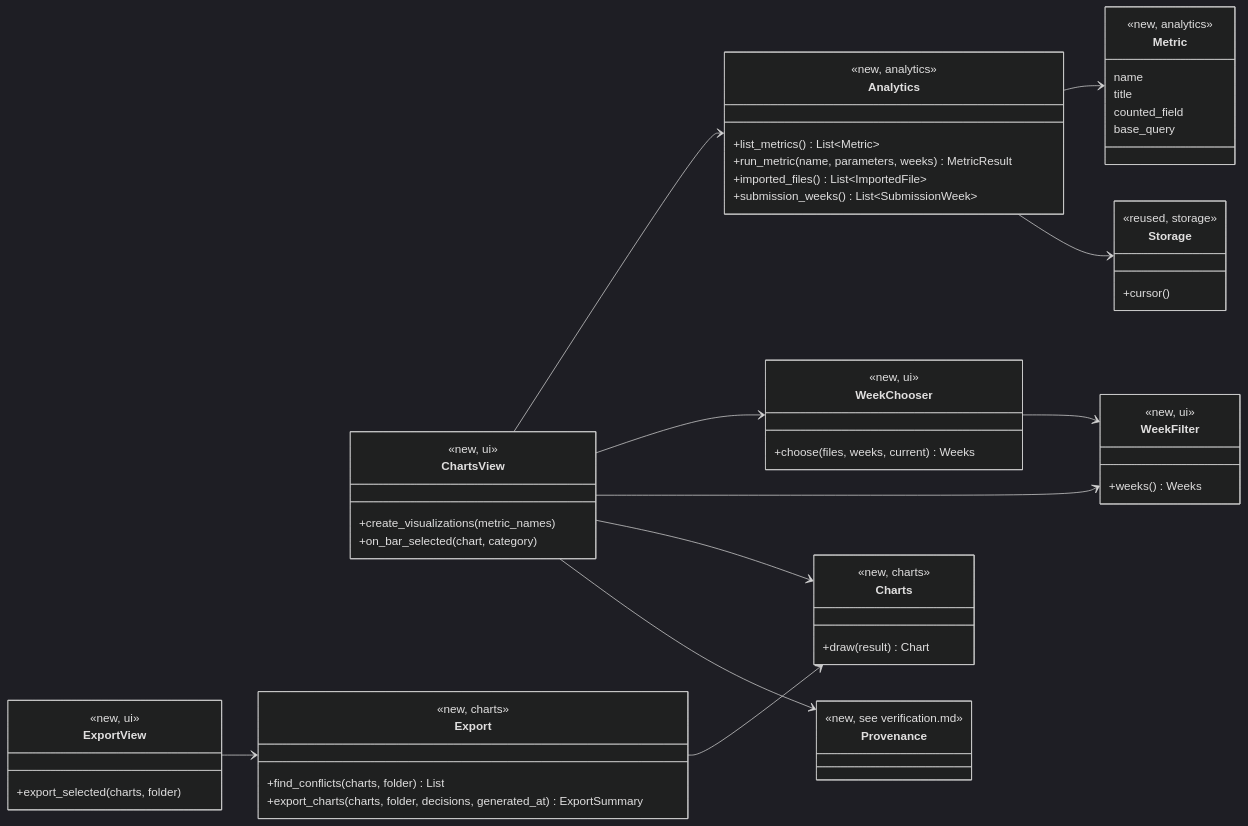
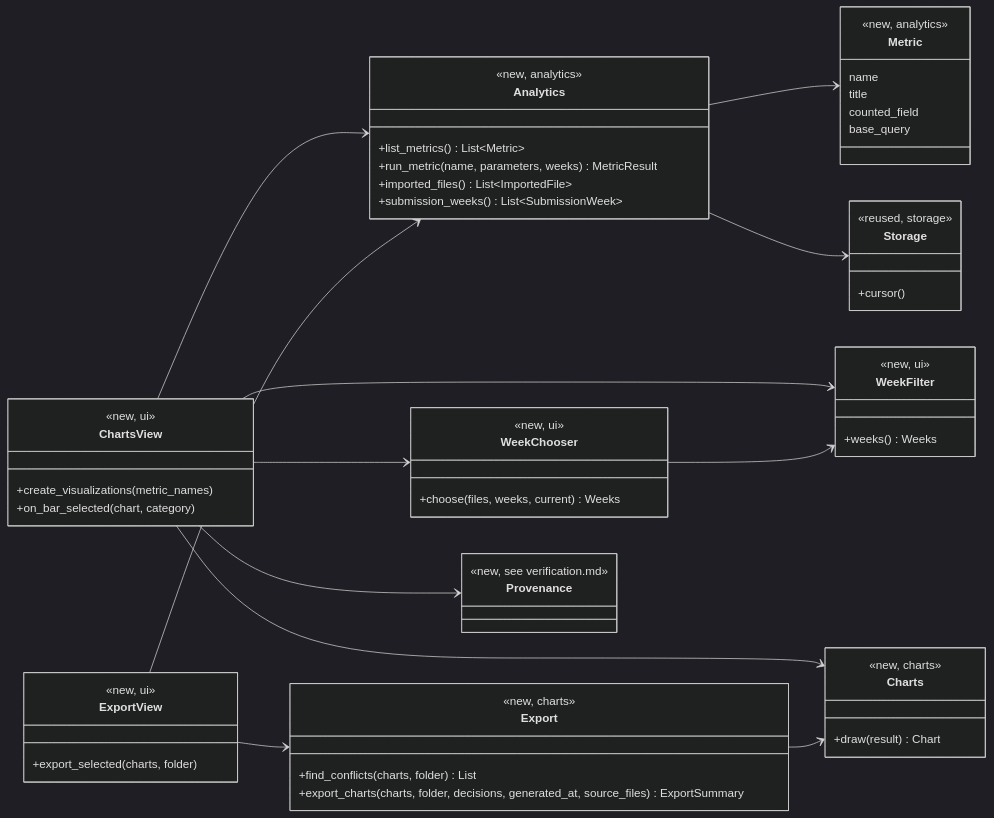
One commit to PathNotFound404/cosc-40943-team-06-USPTO changed the first of 3 diagrams in docs/design/visualization.md. Above: the diagram before and after it, drawn with Mermaid (dark theme). The commit also changed other lines of this file and 11 other files, not shown here.

````diff
--- a/docs/design/visualization.md
+++ b/docs/design/visualization.md
@@ -28,61 +28,62 @@
 ```mermaid
 classDiagram
     direction LR
     class ChartsView {
         <<new, ui>>
         +create_visualizations(metric_names)
         +on_bar_selected(chart, category)
     }
     class WeekChooser {
         <<new, ui>>
         +choose(files, weeks, current) Weeks
     }
     class WeekFilter {
         <<new, ui>>
         +weeks() Weeks
     }
     class ExportView {
         <<new, ui>>
         +export_selected(charts, folder)
     }
     class Analytics {
         <<new, analytics>>
         +list_metrics() List~Metric~
         +run_metric(name, parameters, weeks) MetricResult
         +imported_files() List~ImportedFile~
         +submission_weeks() List~SubmissionWeek~
     }
     class Metric {
         <<new, analytics>>
         name
         title
         counted_field
         base_query
     }
     class Charts {
         <<new, charts>>
         +draw(result) Chart
     }
     class Export {
         <<new, charts>>
         +find_conflicts(charts, folder) List
-        +export_charts(charts, folder, decisions, generated_at) ExportSummary
+        +export_charts(charts, folder, decisions, generated_at, source_files) ExportSummary
     }
     class Storage {
         <<reused, storage>>
         +cursor()
     }
     class Provenance {
         <<new, see verification.md>>
     }
     ChartsView --> Analytics
     ChartsView --> WeekChooser
     ChartsView --> WeekFilter
     WeekChooser --> WeekFilter
     ChartsView --> Charts
     ChartsView --> Provenance
     ExportView --> Export
+    ExportView --> Analytics
     Analytics --> Metric
     Analytics --> Storage
     Export --> Charts
 ```
````
